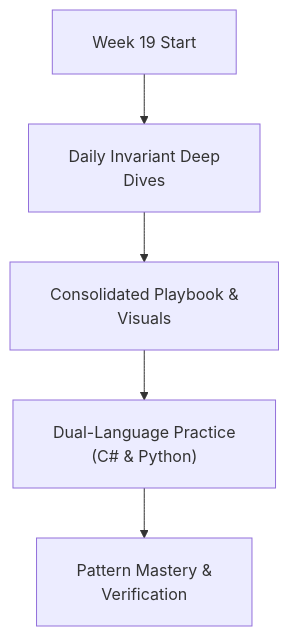
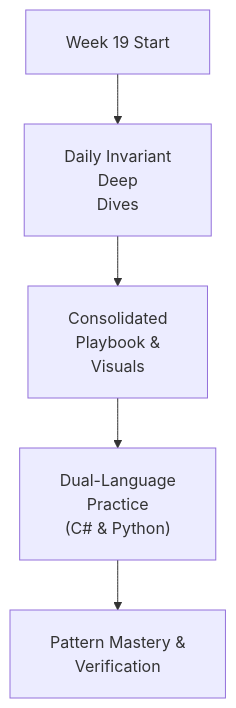
The diagram in week_19_mock_interviews_mastery/README.md (dip4k/DSA_102), drawn with Mermaid before and after one commit. The commit also changed 106 other files, not shown here.

First line of the commit message:
fix(mermaid): prevent text clipping with foreignObject overflow and tighter line wrapping

````diff
--- a/week_19_mock_interviews_mastery/README.md
+++ b/week_19_mock_interviews_mastery/README.md
@@ -16,8 +16,8 @@
 ```mermaid
-%%{init: {"flowchart": {"htmlLabels": true, "padding": 20}}}%%
+%%{init: {"flowchart": {"htmlLabels": true, "padding": 20}, "themeCSS": "foreignObject { overflow: visible !important; }"}}%%
 flowchart TD
-    Start["Week 19 Start"] --> Daily["Daily Invariant Deep<br/>Dives"]
-    Daily --> Playbook["Consolidated Playbook &<br/>Visuals"]
-    Playbook --> DualLang["Dual-Language Practice<br/>(C# & Python)"]
+    Start["Week 19 Start"] --> Daily["Daily Invariant<br/>Deep<br/>Dives"]
+    Daily --> Playbook["Consolidated<br/>Playbook &<br/>Visuals"]
+    Playbook --> DualLang["Dual-Language<br/>Practice<br/>(C# & Python)"]
     DualLang --> Mastery["Pattern Mastery &<br/>Verification"]
 ```
````
